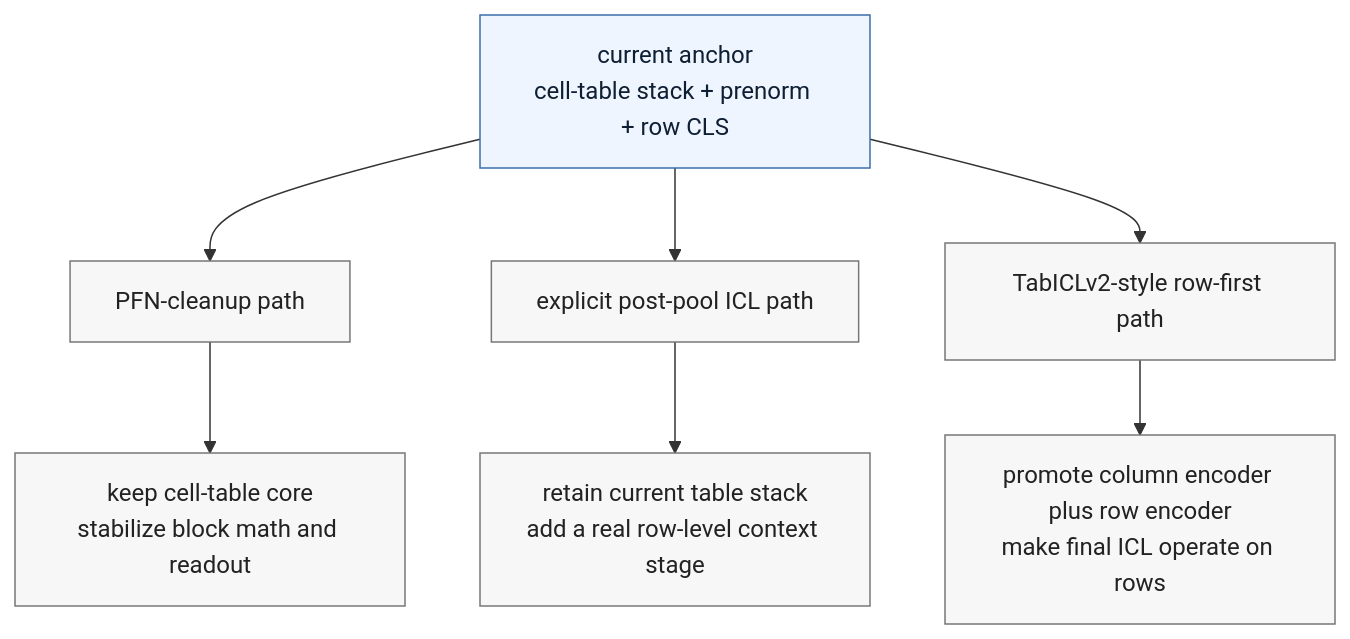
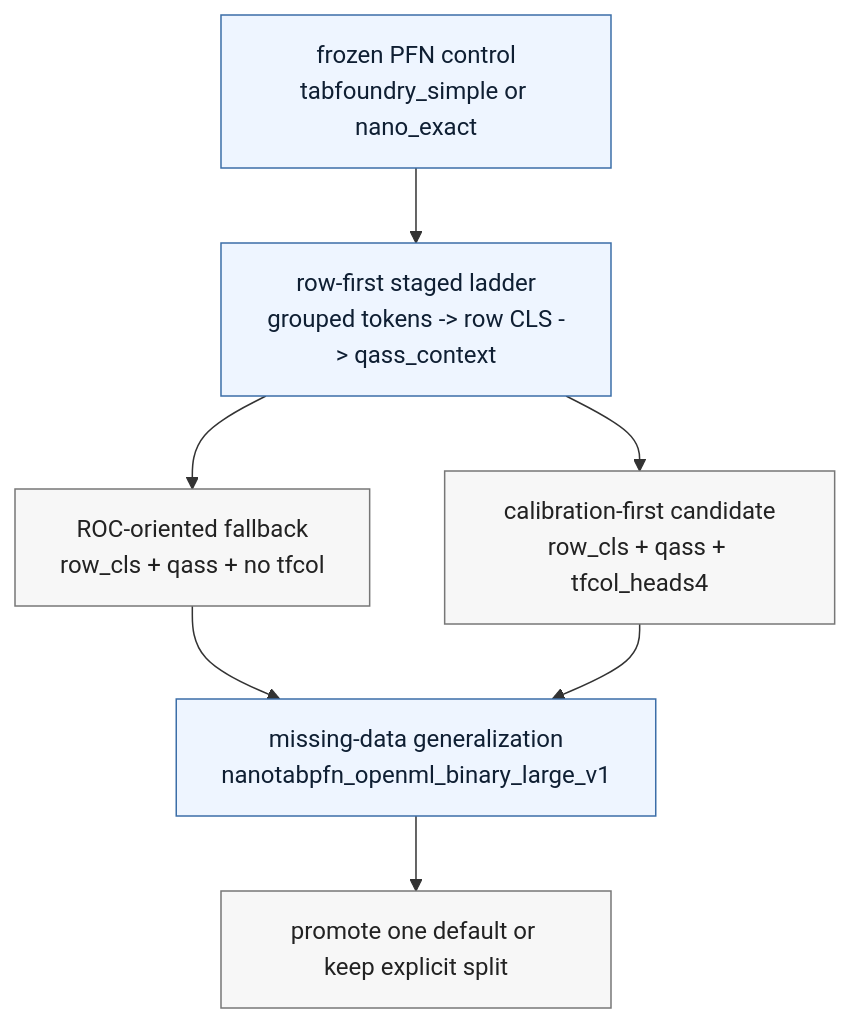
Before and after one commit to bensonlee5/tab-foundry: the fourth of 4 diagrams in docs/development/architecture-deltas.md, drawn with Mermaid. The commit also changed other lines of this file and 3 other files, not shown here.

````diff
--- a/docs/development/architecture-deltas.md
+++ b/docs/development/architecture-deltas.md
@@ -184,15 +197,14 @@
 ```mermaid
 flowchart TD
-    cur[current anchor<br/>cell-table stack + prenorm + row CLS] --> pfn[PFN-cleanup path]
-    cur --> hybrid[explicit post-pool ICL path]
-    cur --> ticl[TabICLv2-style row-first path]
-
-    pfn --> pfn1[keep cell-table core<br/>stabilize block math and readout]
-    hybrid --> hy1[retain current table stack<br/>add a real row-level context stage]
-    ticl --> ti1[promote column encoder plus row encoder<br/>make final ICL operate on rows]
+    ctrl[frozen PFN control<br/>tabfoundry_simple or nano_exact] --> ladder[row-first staged ladder<br/>grouped tokens -> row CLS -> qass_context]
+    ladder --> roc[ROC-oriented fallback<br/>row_cls + qass + no tfcol]
+    ladder --> cal[calibration-first candidate<br/>row_cls + qass + tfcol_heads4]
+    roc --> gate[missing-data generalization<br/>nanotabpfn_openml_binary_large_v1]
+    cal --> gate
+    gate --> settle[promote one default or keep explicit split]
 
     classDef neutral fill:#eef5ff,stroke:#3b6ea8,color:#0f1f33;
     classDef branch fill:#f7f7f7,stroke:#777,color:#222;
-    class cur neutral;
-    class pfn,pfn1,hybrid,hy1,ticl,ti1 branch;
+    class ctrl,ladder,gate neutral;
+    class roc,cal,settle branch;
 ```
````
